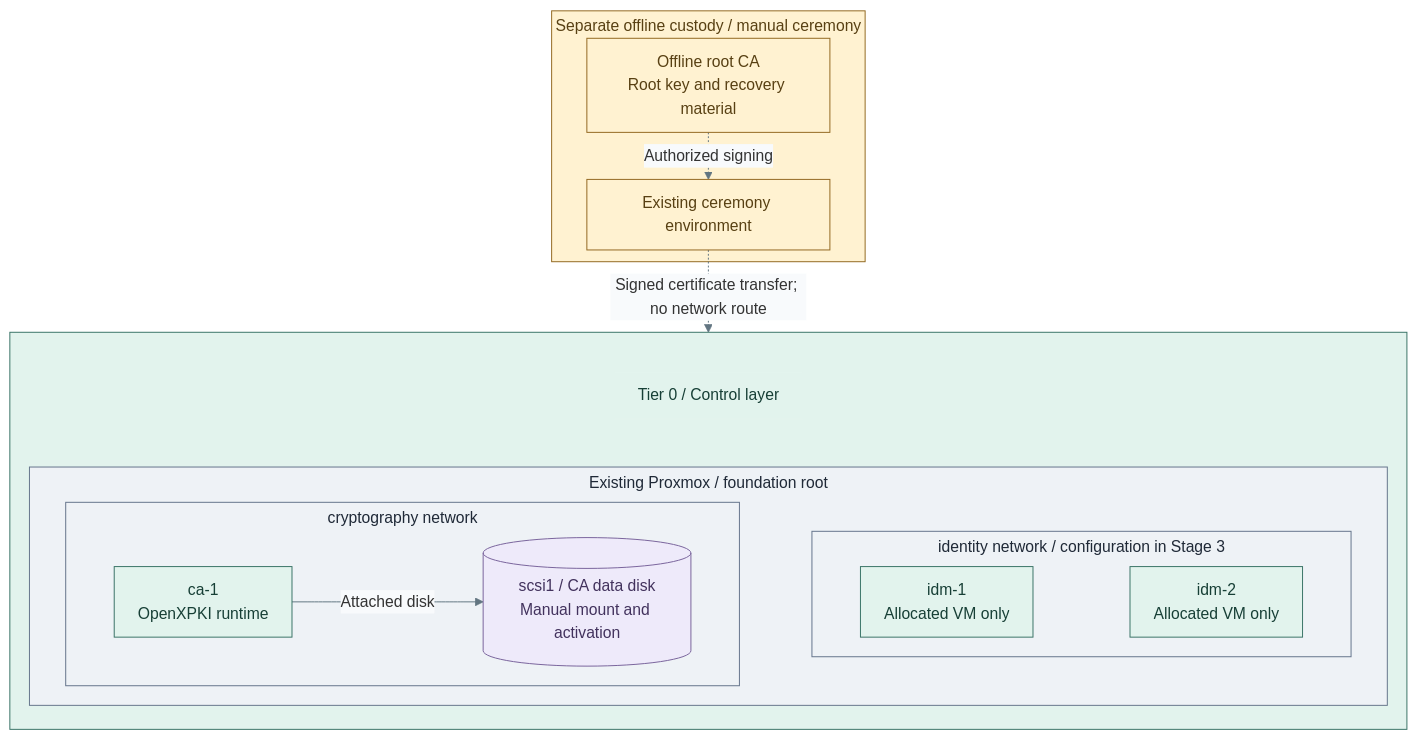
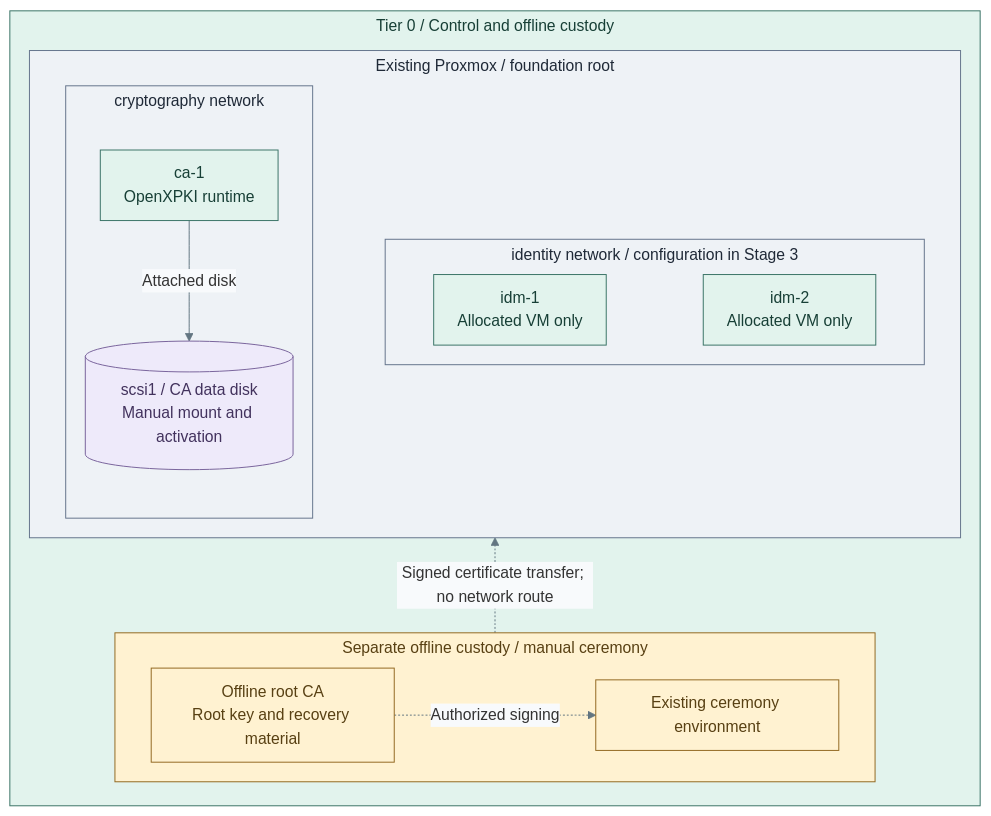
One commit to Rexus/homelab changed the diagram in docs/deployment/stage-2-trust/README.md. Above: the diagram before and after it, drawn with Mermaid. The commit also changed 22 other files, not shown here.

Commit message:
docs(diagrams): clarify tier boundaries and deployment layouts

````diff
--- a/docs/deployment/stage-2-trust/README.md
+++ b/docs/deployment/stage-2-trust/README.md
@@ -21,40 +21,39 @@
 ```mermaid
 %%{init: {"theme":"base","flowchart":{"nodeSpacing":20,"rankSpacing":24,"padding":12,"subGraphTitleMargin":{"top":4,"bottom":12}},"themeVariables":{"lineColor":"#627581","edgeLabelBackground":"#f8fafc"}}}%%
-flowchart TB
-  subgraph Offline["Separate offline custody / manual ceremony"]
-    Root["Offline root CA<br/>Root key and recovery material"]
-    Ceremony["Existing ceremony environment"]
-    Root -. Authorized signing .-> Ceremony
-  end
-  subgraph T0[" "]
-    direction TB
-    T0Title["Tier 0 / Control layer"]
+flowchart BT
+  subgraph T0["Tier 0 / Control and offline custody"]
+    direction BT
+    subgraph Offline["Separate offline custody / manual ceremony"]
+      direction LR
+      Root["Offline root CA<br/>Root key and recovery material"]
+      Ceremony["Existing ceremony environment"]
+      Root -. Authorized signing .-> Ceremony
+    end
     subgraph PVE["Existing Proxmox / foundation root"]
       direction LR
       subgraph Crypto["cryptography network"]
+        direction TB
         Issuer["ca-1<br/>OpenXPKI runtime"]
         Data[("scsi1 / CA data disk<br/>Manual mount and activation")]
         Issuer -->|Attached disk| Data
       end
       subgraph Identity["identity network / configuration in Stage 3"]
+        direction LR
         Primary["idm-1<br/>Allocated VM only"]
         Replica["idm-2<br/>Allocated VM only"]
         Primary ~~~ Replica
       end
       Crypto ~~~ Identity
     end
-    T0Title ~~~ PVE
+    Offline -. "Signed certificate transfer; no network route" .-> PVE
   end
-  Ceremony -. "Signed certificate transfer; no network route" .-> T0
   classDef default fill:#f8fafc,stroke:#64748b,color:#1f2937
   classDef boundary fill:#eef2f6,stroke:#64748b,color:#1f2937
   classDef custody fill:#fff2d1,stroke:#926820,color:#584013
   classDef control fill:#e2f3ed,stroke:#397366,color:#173f36
-  classDef controlHeading fill:#e2f3ed,stroke:#e2f3ed,color:#173f36
   classDef data fill:#eeeafa,stroke:#78639b,color:#42325d
   class PVE,Crypto,Identity boundary
   class Offline,Root,Ceremony custody
   class T0,Issuer,Primary,Replica control
-  class T0Title controlHeading
   class Data data
 ```
````
